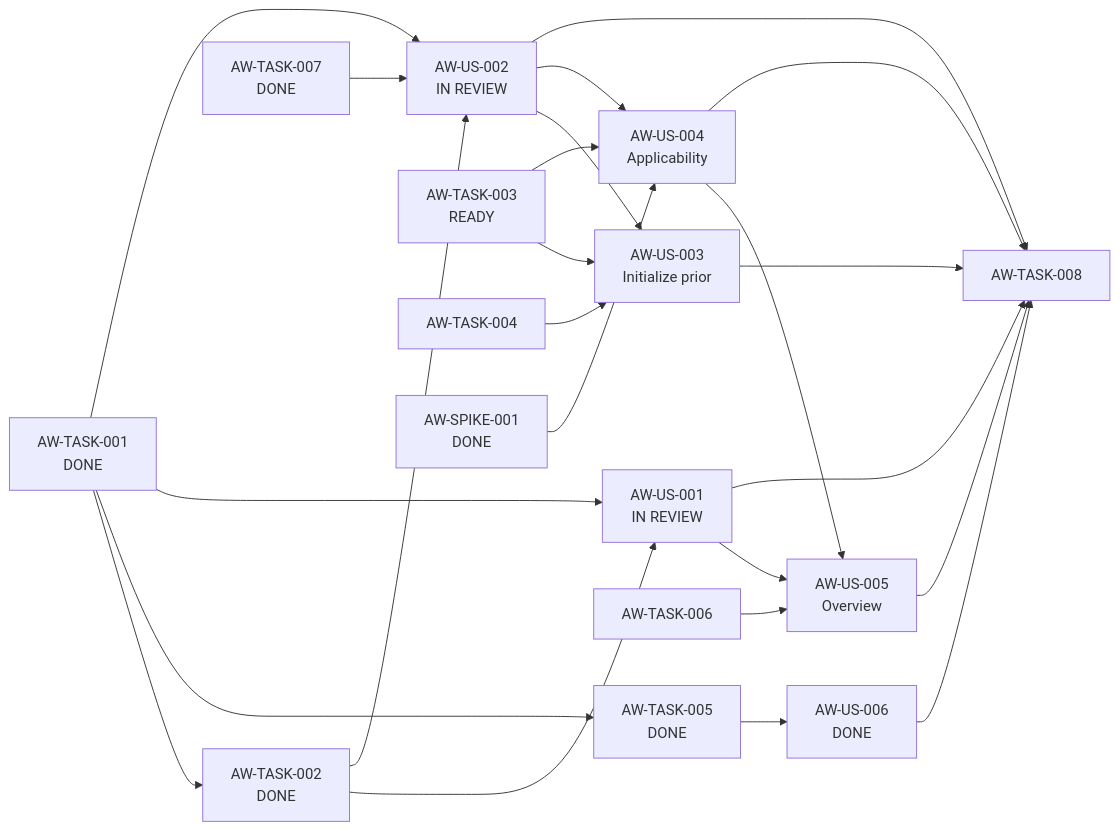
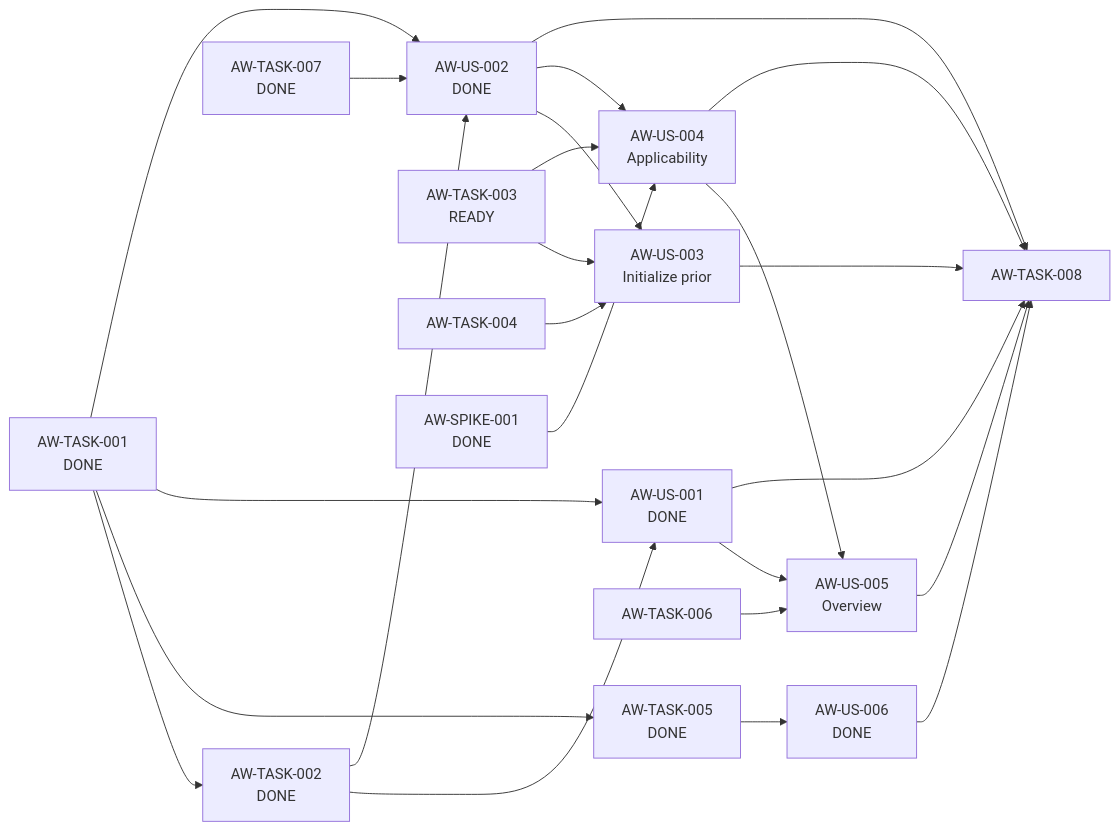
The diagram in docs/backlog/stories/01-annual-workspace/enablers-and-dependencies.md (adumun/personal-tax-ledger), drawn with Mermaid before and after one commit. The commit also changed other lines of this file, not shown here.

````diff
--- a/docs/backlog/stories/01-annual-workspace/enablers-and-dependencies.md
+++ b/docs/backlog/stories/01-annual-workspace/enablers-and-dependencies.md
@@ -179,32 +139,32 @@
 ```mermaid
 flowchart LR
   T1[AW-TASK-001\nDONE] --> T2[AW-TASK-002\nDONE]
   T1 --> T5[AW-TASK-005\nDONE]
   T5 --> U6[AW-US-006\nDONE]
 
-  T1 --> U1[AW-US-001\nIN REVIEW]
+  T1 --> U1[AW-US-001\nDONE]
   T2 --> U1
 
-  T1 --> U2[AW-US-002\nIN REVIEW]
+  T1 --> U2[AW-US-002\nDONE]
   T2 --> U2
   T7[AW-TASK-007\nDONE] --> U2
 
   U2 --> U3[AW-US-003\nInitialize prior]
   T3[AW-TASK-003\nREADY] --> U3
   T4[AW-TASK-004] --> U3
 
   S1[AW-SPIKE-001\nDONE] --> U4[AW-US-004\nApplicability]
   U2 --> U4
   T3 --> U4
 
   U1 --> U5[AW-US-005\nOverview]
   U4 --> U5
   T6[AW-TASK-006] --> U5
 
   U1 --> T8[AW-TASK-008]
   U2 --> T8
   U3 --> T8
   U4 --> T8
   U5 --> T8
   U6 --> T8
 ```
````
